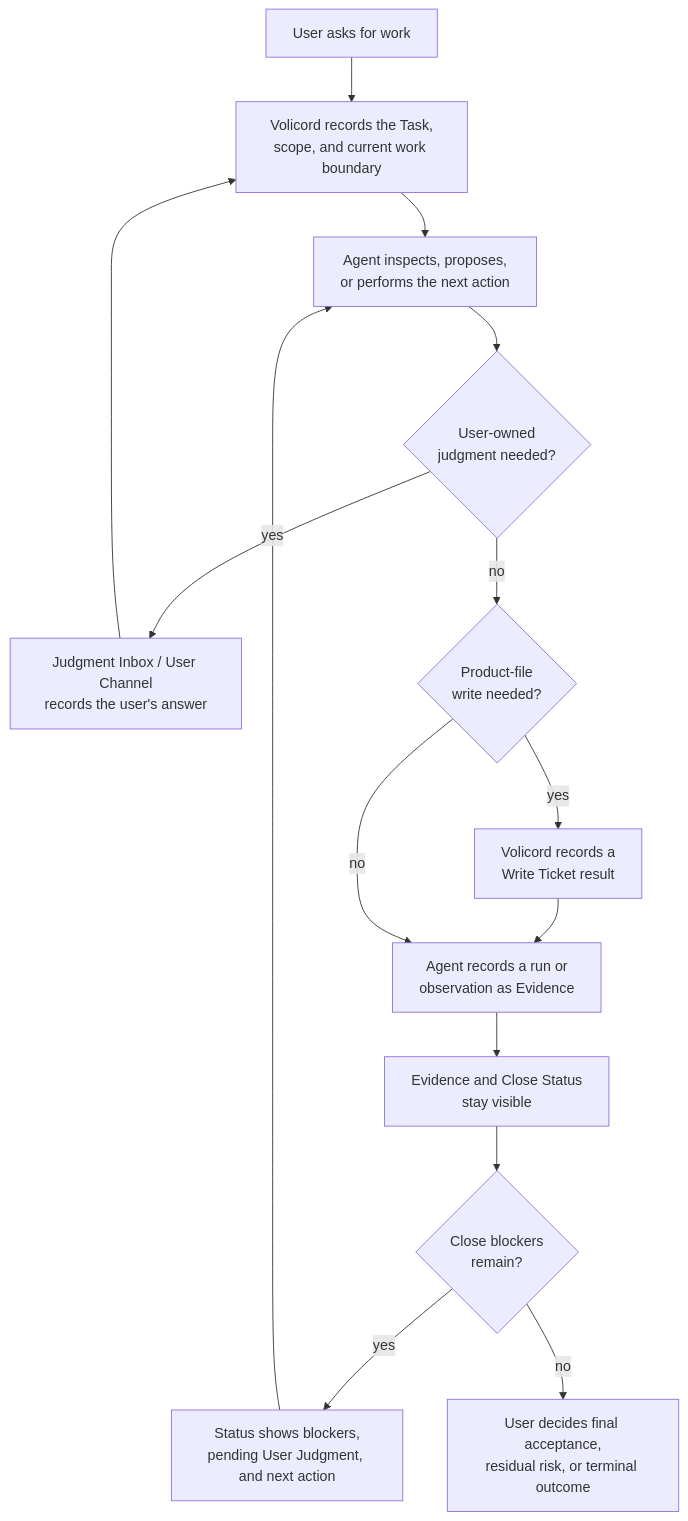
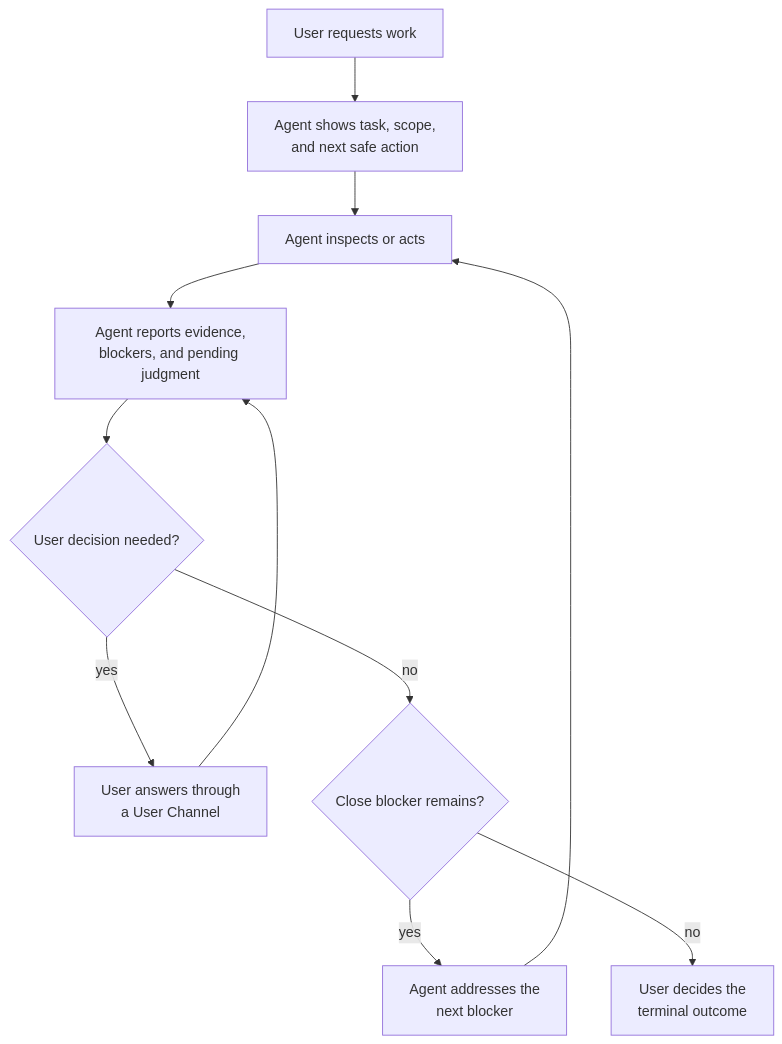
One commit to minjungw00/Volicord changed the second of 2 diagrams in README.md. Above: the diagram before and after it, drawn with Mermaid. The commit also changed other lines of this file and 5 other files, not shown here.

````diff
--- a/README.md
+++ b/README.md
@@ -321,24 +149,18 @@
 ```mermaid
 flowchart TD
-  request["User asks for work"]
-  task["Volicord records the Task,<br/>scope, and current work boundary"]
-  agent["Agent inspects, proposes,<br/>or performs the next action"]
-  judgment{"User-owned<br/>judgment needed?"}
-  inbox["Judgment Inbox / User Channel<br/>records the user's answer"]
-  write{"Product-file<br/>write needed?"}
-  ticket["Volicord records a<br/>Write Ticket result"]
-  run["Agent records a run or<br/>observation as Evidence"]
-  evidence["Evidence and Close Status<br/>stay visible"]
-  close{"Close blockers<br/>remain?"}
-  status["Status shows blockers,<br/>pending User Judgment, and next action"]
-  finish["User decides final acceptance,<br/>residual risk, or terminal outcome"]
+  request["User requests work"]
+  boundary["Agent shows task, scope,<br/>and next safe action"]
+  action["Agent inspects or acts"]
+  status["Agent reports evidence,<br/>blockers, and pending judgment"]
+  judgment{"User decision needed?"}
+  answer["User answers through<br/>a User Channel"]
+  close{"Close blocker remains?"}
+  continue["Agent addresses the<br/>next blocker"]
+  finish["User decides the<br/>terminal outcome"]
 
-  request --> task --> agent --> judgment
-  judgment -- yes --> inbox --> task
-  judgment -- no --> write
-  write -- yes --> ticket --> run
-  write -- no --> run
-  run --> evidence --> close
-  close -- yes --> status --> agent
+  request --> boundary --> action --> status --> judgment
+  judgment -- yes --> answer --> status
+  judgment -- no --> close
+  close -- yes --> continue --> action
   close -- no --> finish
 ```
````
